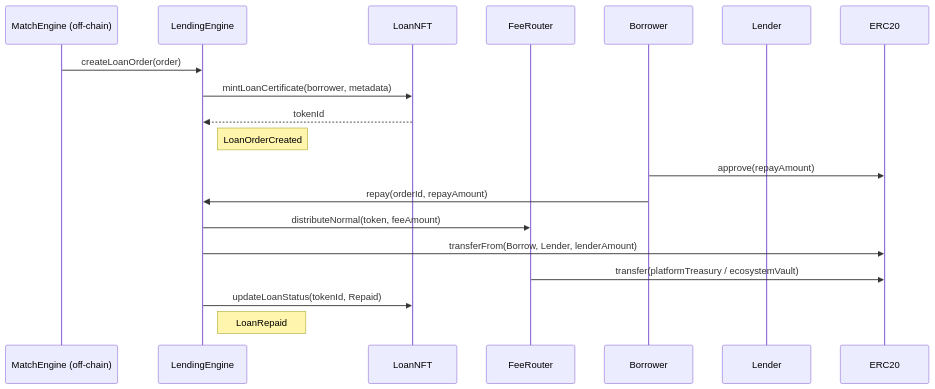
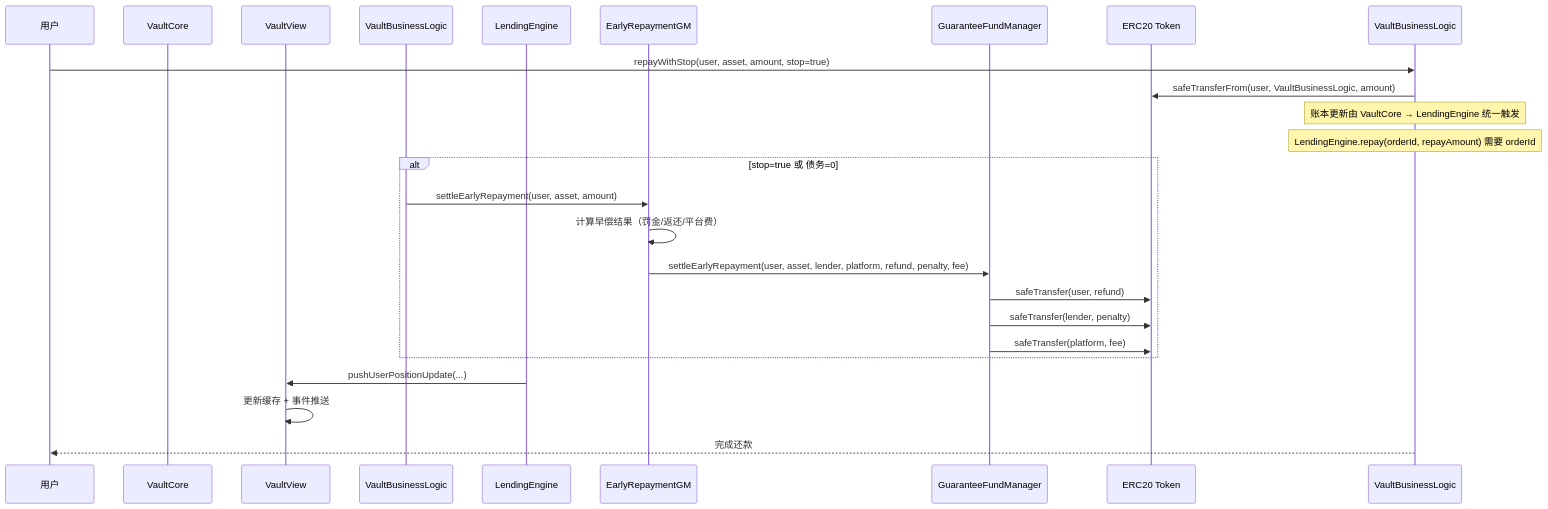
One commit to Anyawb/contracts changed the fourth of 4 diagrams in docs/PlatformLogic.md. Above: the diagram before and after it, drawn with Mermaid. The commit also changed other lines of this file and 562 other files, not shown here.

````diff
--- a/docs/PlatformLogic.md
+++ b/docs/PlatformLogic.md
@@ -1485,24 +1154,30 @@
 ```mermaid
 sequenceDiagram
-    participant Matcher as MatchEngine (off-chain)
-    participant Engine  as LendingEngine
-    participant NFT     as LoanNFT
-    participant Fee     as FeeRouter
-    participant Borrow  as Borrower
-    participant Lender  as Lender
-    participant Token   as ERC20
+    participant User as 用户
+    participant VaultCore as VaultCore
+    participant VaultView as VaultView
+    participant VaultBL as VaultBusinessLogic
+    participant LE as LendingEngine
+    participant ERGM as EarlyRepaymentGM
+    participant GFM as GuaranteeFundManager
+    participant Token as ERC20 Token
 
-    Matcher->>Engine: createLoanOrder(order)
-    Engine->>NFT: mintLoanCertificate(borrower, metadata)
-    NFT-->>Engine: tokenId
-    Note right of Engine: LoanOrderCreated
-
-    Borrow->>Token: approve(repayAmount)
-    Borrow->>Engine: repay(orderId, repayAmount)
-
-    Engine->>Fee: distributeNormal(token, feeAmount)
-    Engine->>Token: transferFrom(Borrow, Lender, lenderAmount)
-    Fee->>Token: transfer(platformTreasury / ecosystemVault)
-    Engine->>NFT: updateLoanStatus(tokenId, Repaid)
-    Note right of Engine: LoanRepaid
+    User->>VaultBusinessLogic: repayWithStop(user, asset, amount, stop=true)
+    VaultBusinessLogic->>Token: safeTransferFrom(user, VaultBusinessLogic, amount)
+    Note over VaultBusinessLogic: 账本更新由 VaultCore → LendingEngine 统一触发
+    Note over VaultBusinessLogic: LendingEngine.repay(orderId, repayAmount) 需要 orderId
+    
+    alt stop=true 或 债务=0
+        VaultBL->>ERGM: settleEarlyRepayment(user, asset, amount)
+        ERGM->>ERGM: 计算早偿结果（罚金/返还/平台费）
+        ERGM->>GFM: settleEarlyRepayment(user, asset, lender, platform, refund, penalty, fee)
+        GFM->>Token: safeTransfer(user, refund)
+        GFM->>Token: safeTransfer(lender, penalty)
+        GFM->>Token: safeTransfer(platform, fee)
+    end
+    
+    LE->>VaultView: pushUserPositionUpdate(...)
+    VaultView->>VaultView: 更新缓存 + 事件推送
+    
+    VaultBusinessLogic-->>User: 完成还款
 ```
````
